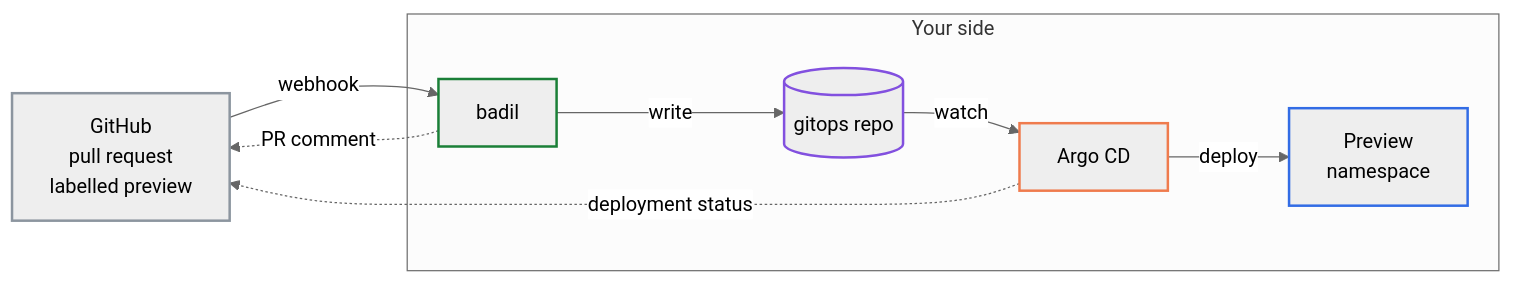
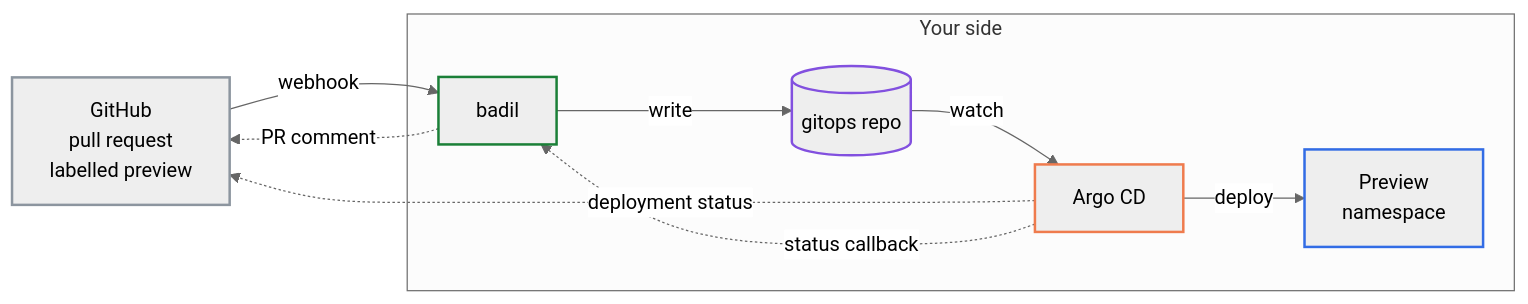
The first of 2 diagrams in docs/ARCHITECTURE.md (badilhq/badil), drawn with Mermaid (neutral theme) before and after one commit. The commit also changed other lines of this file and 67 other files, not shown here.

````diff
--- a/docs/ARCHITECTURE.md
+++ b/docs/ARCHITECTURE.md
@@ -5,21 +5,22 @@
 ```mermaid
 flowchart LR
   pr["GitHub<br/>pull request<br/>labelled preview"]
   subgraph you["Your side"]
     badil["badil"] -->|write| repo[("gitops repo")] -->|watch| argo["Argo CD"] -->|deploy| ns["Preview<br/>namespace"]
   end
   pr -->|webhook| badil
   badil -.->|PR comment| pr
   argo -.->|deployment status| pr
+  argo -.->|status callback| badil
 
   classDef github stroke:#8c959f,stroke-width:2px
   classDef badil stroke:#1a7f37,stroke-width:2px
   classDef repo stroke:#8250df,stroke-width:2px
   classDef argo stroke:#EF7B4D,stroke-width:2px
   classDef k8s stroke:#326CE5,stroke-width:2px
   class pr github
   class badil badil
   class repo repo
   class argo argo
   class ns k8s
 ```
````
